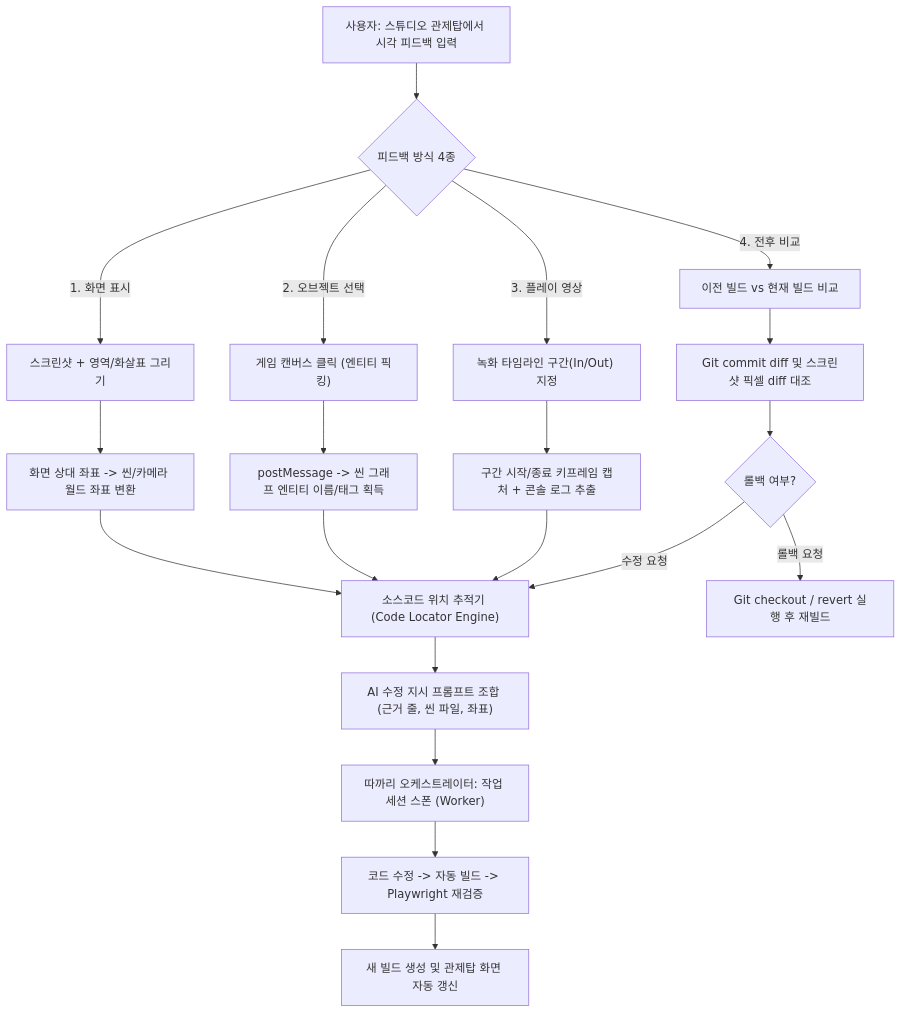
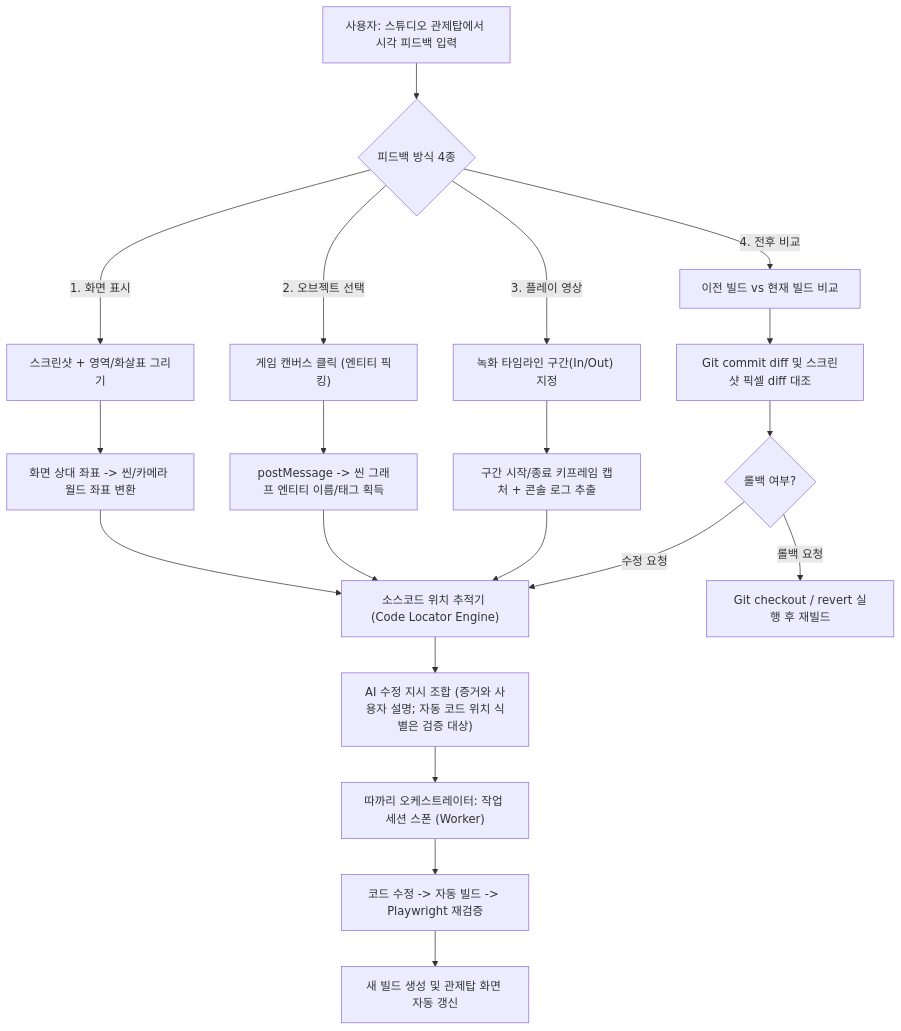
One commit to winterholic/winterholic-ttakkari-back changed the diagram in docs/design/game-studio.md. Above: the diagram before and after it, drawn with Mermaid. The commit also changed other lines of this file and 2 other files, not shown here.

````diff
--- a/docs/design/game-studio.md
+++ b/docs/design/game-studio.md
@@ -335,27 +254,27 @@
 ```mermaid
 flowchart TD
     UserAction["사용자: 스튜디오 관제탑에서 시각 피드백 입력"] --> ModeSwitch{피드백 방식 4종}
 
     ModeSwitch -->|1. 화면 표시| DrawCapture["스크린샷 + 영역/화살표 그리기"]
     ModeSwitch -->|2. 오브젝트 선택| ObjPick["게임 캔버스 클릭 (엔티티 픽킹)"]
     ModeSwitch -->|3. 플레이 영상| VideoClip["녹화 타임라인 구간(In/Out) 지정"]
     ModeSwitch -->|4. 전후 비교| VersionDiff["이전 빌드 vs 현재 빌드 비교"]
 
     DrawCapture --> CoordMap["화면 상대 좌표 -> 씬/카메라 월드 좌표 변환"]
     ObjPick --> EntityMap["postMessage -> 씬 그래프 엔티티 이름/태그 획득"]
     VideoClip --> FrameExtract["구간 시작/종료 키프레임 캡처 + 콘솔 로그 추출"]
     VersionDiff --> GitDiffMap["Git commit diff 및 스크린샷 픽셀 diff 대조"]
 
     CoordMap --> CodeLocator["소스코드 위치 추적기 (Code Locator Engine)"]
     EntityMap --> CodeLocator
     FrameExtract --> CodeLocator
     GitDiffMap --> RollbackDecide{롤백 여부?}
 
     RollbackDecide -->|롤백 요청| GitRevert["Git checkout / revert 실행 후 재빌드"]
     RollbackDecide -->|수정 요청| CodeLocator
 
-    CodeLocator --> PromptGen["AI 수정 지시 프롬프트 조합 (근거 줄, 씬 파일, 좌표)"]
+    CodeLocator --> PromptGen["AI 수정 지시 조합 (증거와 사용자 설명; 자동 코드 위치 식별은 검증 대상)"]
     PromptGen --> Orchestrator["따까리 오케스트레이터: 작업 세션 스폰 (Worker)"]
     Orchestrator --> CodeModify["코드 수정 -> 자동 빌드 -> Playwright 재검증"]
     CodeModify --> NewBuild["새 빌드 생성 및 관제탑 화면 자동 갱신"]
 ```
````
